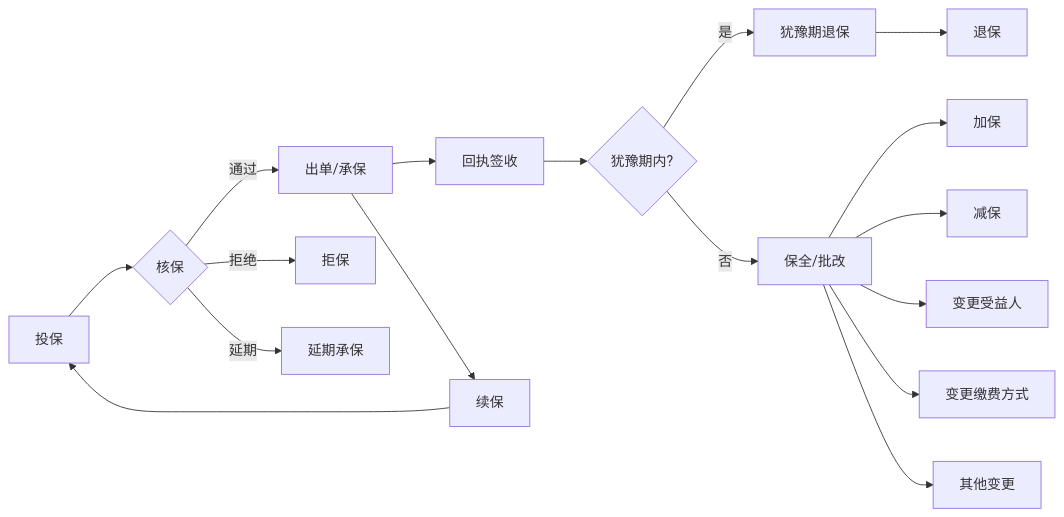
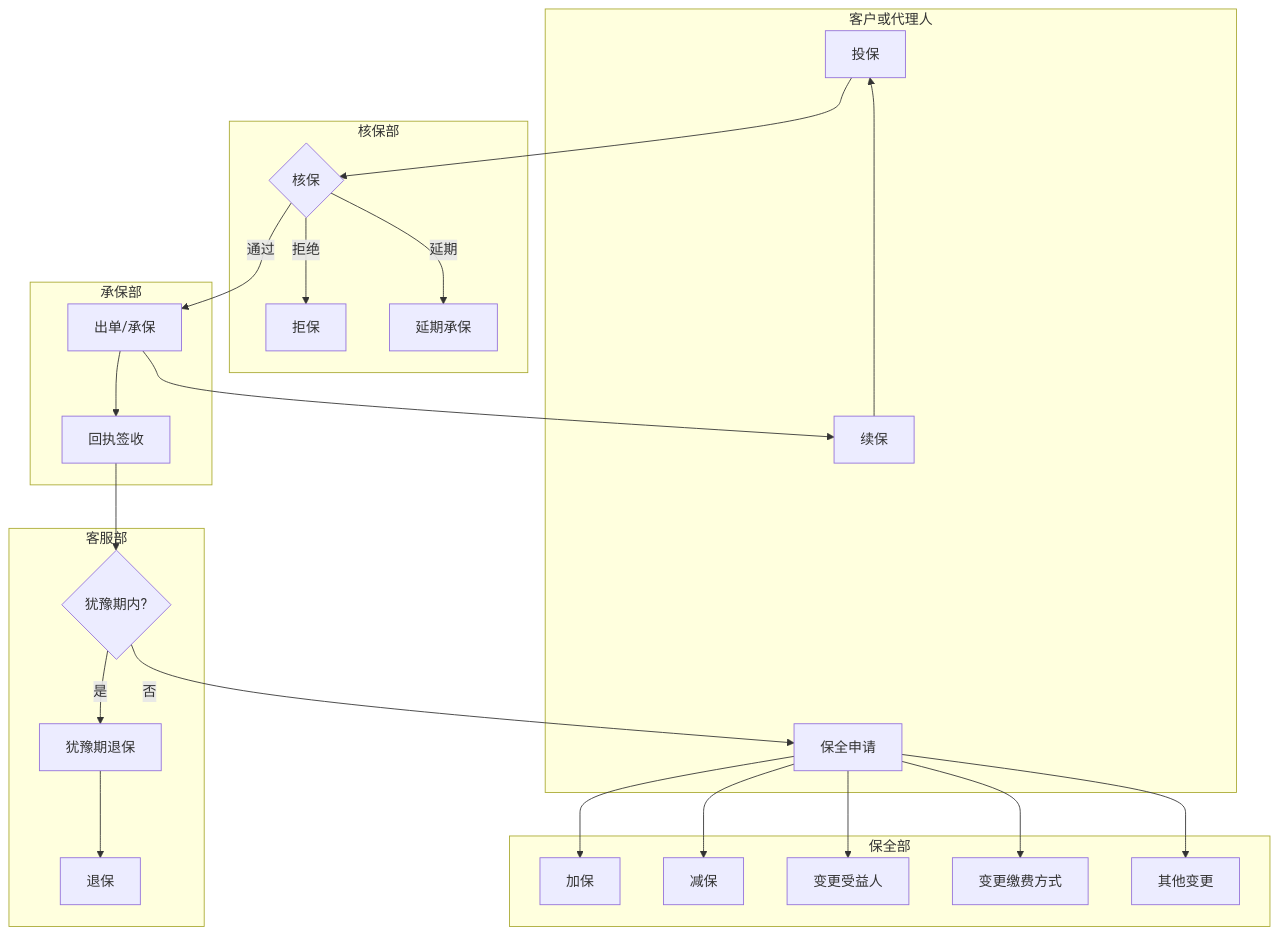
One commit to Niliria/data-skills changed the first of 9 diagrams in Data-Profiling/references/insurance-examples.md. Above: the diagram before and after it, drawn with Mermaid. The commit also changed other lines of this file and 8 other files, not shown here.

````diff
--- a/Data-Profiling/references/insurance-examples.md
+++ b/Data-Profiling/references/insurance-examples.md
@@ -11,19 +11,45 @@
 ```mermaid
-flowchart LR
-    A[投保] --> B{核保}
-    B -->|通过| C[出单/承保]
-    B -->|拒绝| B1[拒保]
-    B -->|延期| B2[延期承保]
-    C --> D[回执签收]
-    D --> E{犹豫期内?}
-    E -->|是| F[犹豫期退保]
-    E -->|否| G[保全/批改]
-    G --> G1[加保]
-    G --> G2[减保]
-    G --> G3[变更受益人]
-    G --> G4[变更缴费方式]
-    G --> G5[其他变更]
-    F --> H[退保]
-    C --> I[续保]
+flowchart TB
+    subgraph 客户或代理人
+        A[投保]
+        G[保全申请]
+        I[续保]
+    end
+    subgraph 核保部
+        B{核保}
+        B1[拒保]
+        B2[延期承保]
+    end
+    subgraph 承保部
+        C[出单/承保]
+        D[回执签收]
+    end
+    subgraph 客服部
+        E{犹豫期内?}
+        F[犹豫期退保]
+        H[退保]
+    end
+    subgraph 保全部
+        G1[加保]
+        G2[减保]
+        G3[变更受益人]
+        G4[变更缴费方式]
+        G5[其他变更]
+    end
+    A --> B
+    B -->|通过| C
+    B -->|拒绝| B1
+    B -->|延期| B2
+    C --> D
+    D --> E
+    E -->|是| F
+    E -->|否| G
+    G --> G1
+    G --> G2
+    G --> G3
+    G --> G4
+    G --> G5
+    F --> H
+    C --> I
     I --> A
 ```
````
